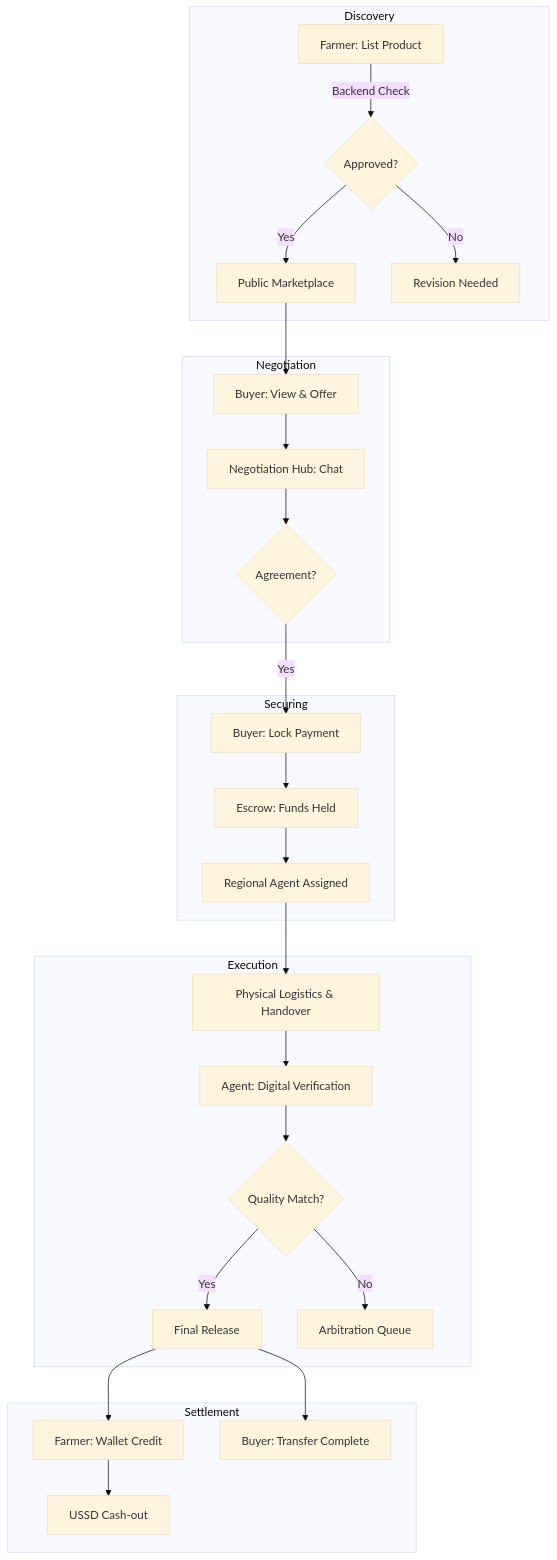
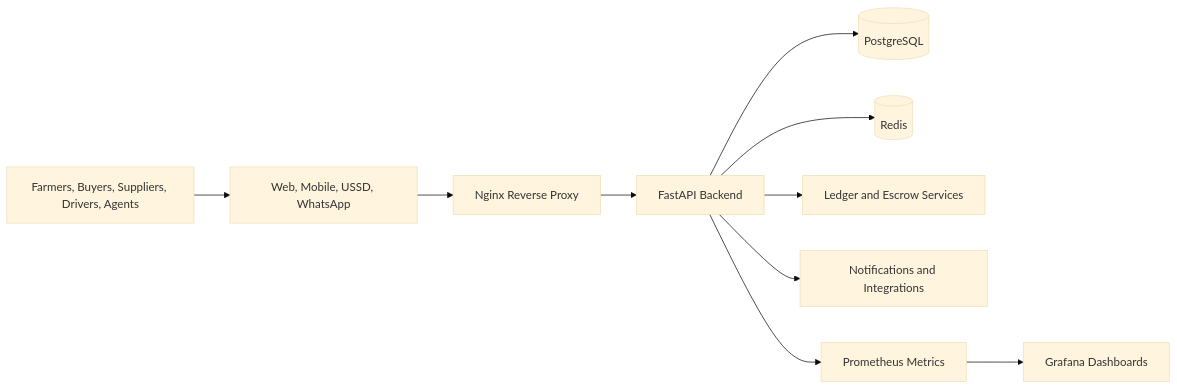
One commit to MatteoZW-23/ZimAgriTrust changed the diagram in README.md. Above: the diagram before and after it, drawn with Mermaid (base theme). The commit also changed other lines of this file and 53 other files, not shown here.

````diff
--- a/README.md
+++ b/README.md
@@ -86,34 +42,12 @@
 ```mermaid
-flowchart TD
-    subgraph Discovery
-        A[Farmer: List Product] -->|Backend Check| B{Approved?}
-        B -->|Yes| C[Public Marketplace]
-        B -->|No| D[Revision Needed]
-    end
-
-    subgraph Negotiation
-        C --> E[Buyer: View & Offer]
-        E --> F[Negotiation Hub: Chat]
-        F --> G{Agreement?}
-    end
-
-    subgraph Securing
-        G -->|Yes| H[Buyer: Lock Payment]
-        H --> I[Escrow: Funds Held]
-        I --> J[Regional Agent Assigned]
-    end
-
-    subgraph Execution
-        J --> K[Physical Logistics & Handover]
-        K --> L[Agent: Digital Verification]
-        L --> M{Quality Match?}
-        M -->|Yes| N[Final Release]
-        M -->|No| O[Arbitration Queue]
-    end
-
-    subgraph Settlement
-        N --> P[Farmer: Wallet Credit]
-        N --> Q[Buyer: Transfer Complete]
-        P --> R[USSD Cash-out]
-    end
+flowchart LR
+    U[Farmers, Buyers, Suppliers, Drivers, Agents] --> W[Web, Mobile, USSD, WhatsApp]
+    W --> N[Nginx Reverse Proxy]
+    N --> B[FastAPI Backend]
+    B --> P[(PostgreSQL)]
+    B --> R[(Redis)]
+    B --> L[Ledger and Escrow Services]
+    B --> S[Notifications and Integrations]
+    B --> M[Prometheus Metrics]
+    M --> G[Grafana Dashboards]
 ```
````
